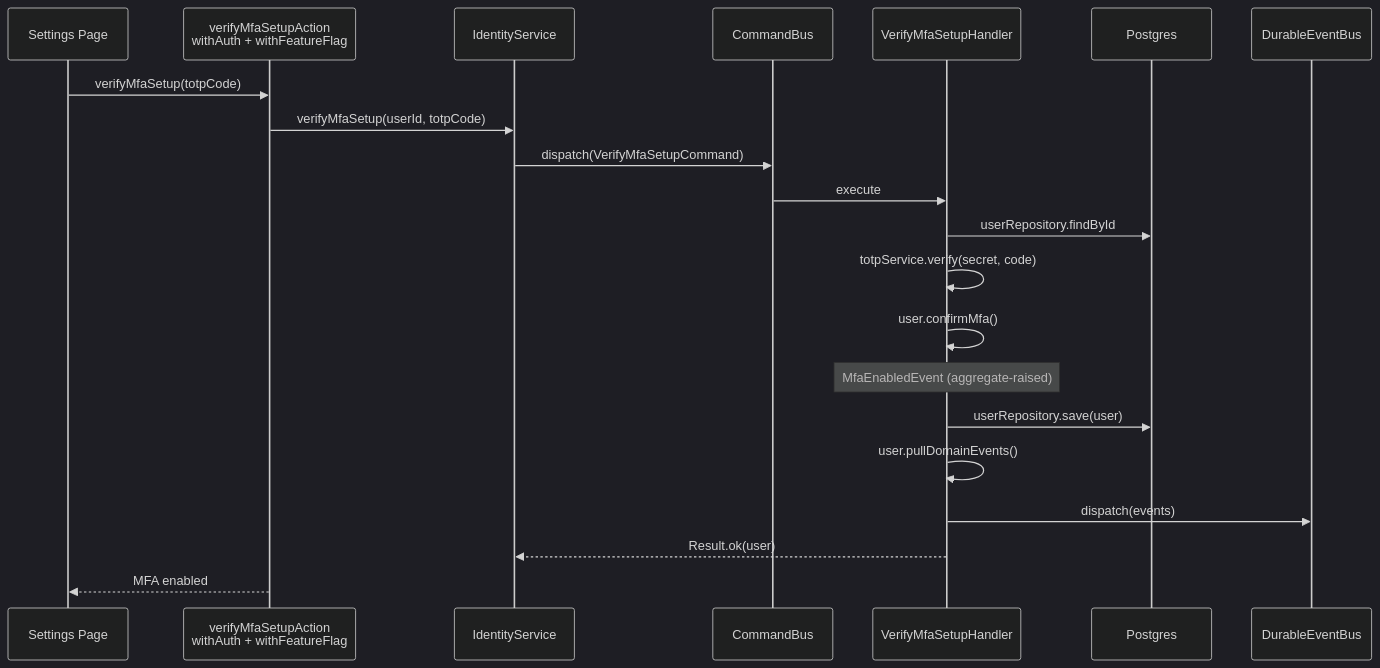
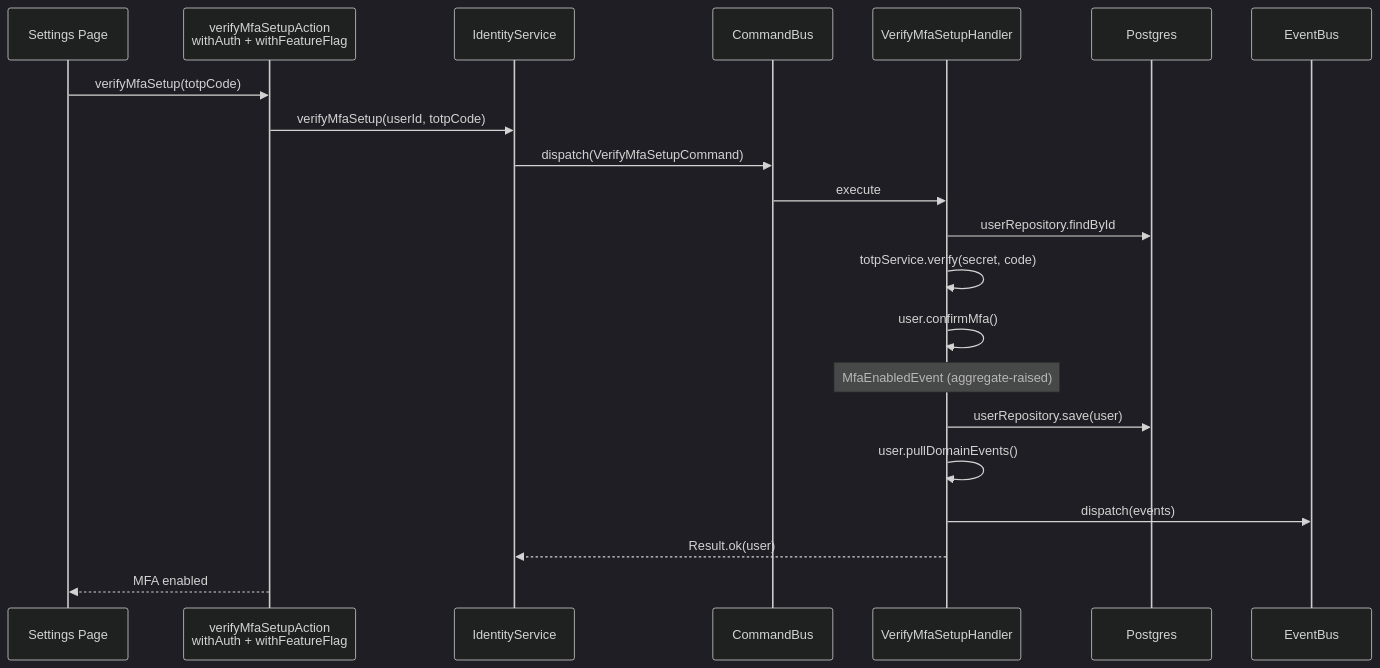
One commit to ctsmith2308/ledger changed the ninth of 10 diagrams in docs/flows.md. Above: the diagram before and after it, drawn with Mermaid (dark theme). The commit also changed other lines of this file and 87 other files, not shown here.

````diff
--- a/docs/flows.md
+++ b/docs/flows.md
@@ -308,24 +304,24 @@
 ```mermaid
 sequenceDiagram
     participant UI as Settings Page
     participant SA2 as verifyMfaSetupAction<br/>withAuth + withFeatureFlag
     participant SVC as IdentityService
     participant CB as CommandBus
     participant VH as VerifyMfaSetupHandler
     participant DB as Postgres
-    participant EB as DurableEventBus
+    participant EB as EventBus
 
     UI->>SA2: verifyMfaSetup(totpCode)
     SA2->>SVC: verifyMfaSetup(userId, totpCode)
     SVC->>CB: dispatch(VerifyMfaSetupCommand)
     CB->>VH: execute
     VH->>DB: userRepository.findById
     VH->>VH: totpService.verify(secret, code)
     VH->>VH: user.confirmMfa()
     Note over VH: MfaEnabledEvent (aggregate-raised)
     VH->>DB: userRepository.save(user)
     VH->>VH: user.pullDomainEvents()
     VH->>EB: dispatch(events)
     VH-->>SVC: Result.ok(user)
     SA2-->>UI: MFA enabled
 ```
````
